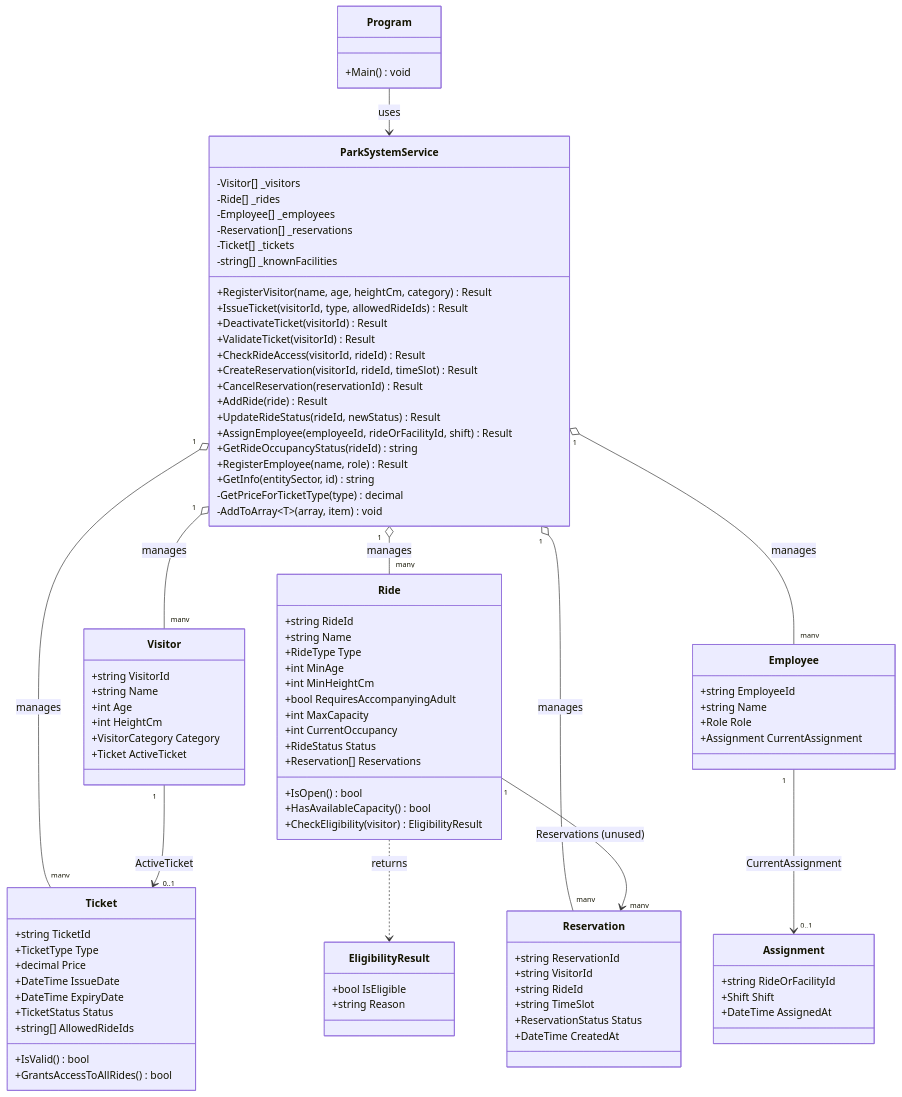
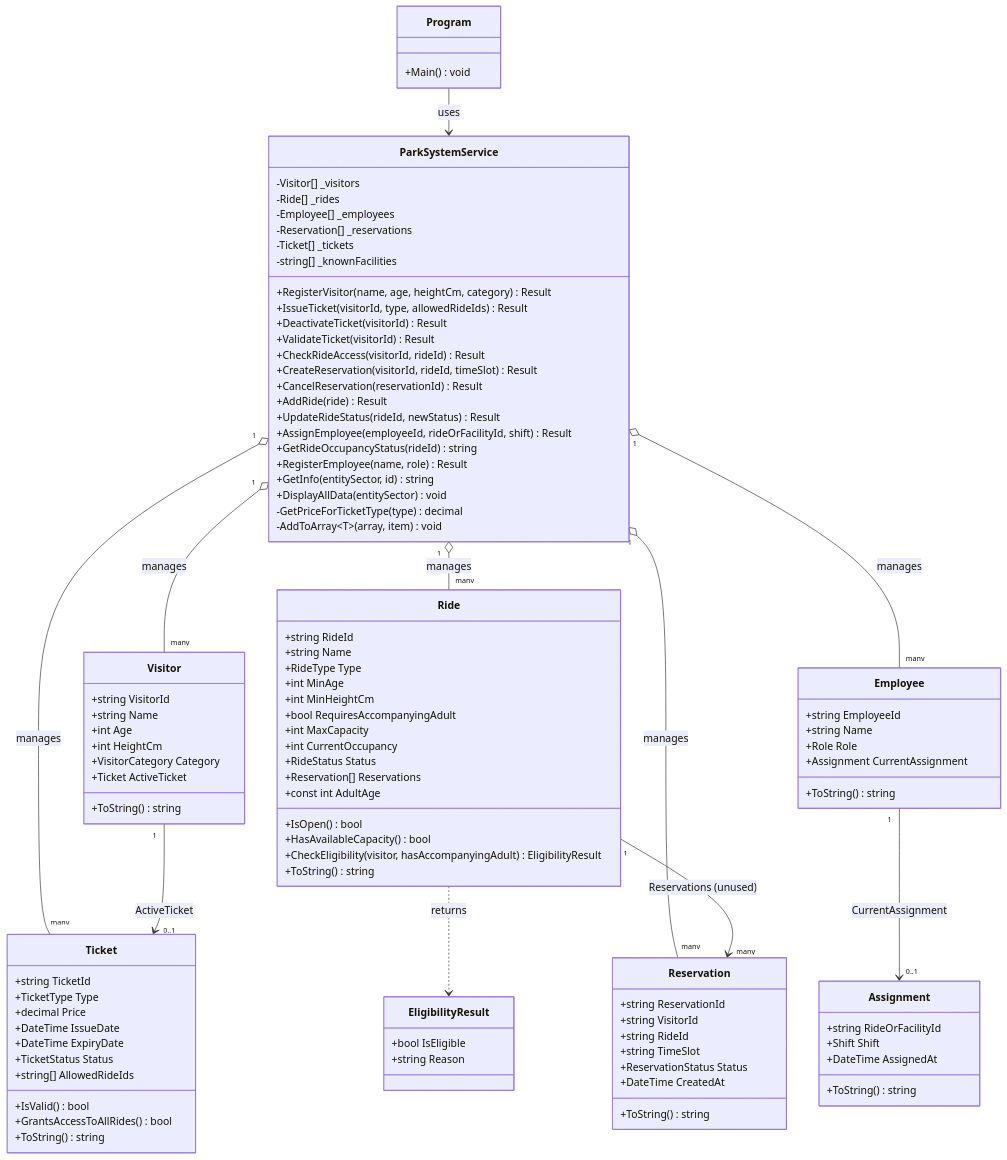
The first of 2 diagrams in README.md (Mohammadshaqboua/HorizonParkSystem), drawn with Mermaid before and after one commit. The commit also changed other lines of this file, not shown here.

```diff
--- a/README.md
+++ b/README.md
@@ -354,6 +381,7 @@
         +GetRideOccupancyStatus(rideId) string
         +RegisterEmployee(name, role) Result
         +GetInfo(entitySector, id) string
+        +DisplayAllData(entitySector) void
         -GetPriceForTicketType(type) decimal
         -AddToArray~T~(array, item) void
     }
@@ -365,6 +393,7 @@
         +int HeightCm
         +VisitorCategory Category
         +Ticket ActiveTicket
+        +ToString() string
     }
 
     class Ticket {
@@ -377,6 +406,7 @@
         +string[] AllowedRideIds
         +IsValid() bool
         +GrantsAccessToAllRides() bool
+        +ToString() string
     }
 
     class Ride {
@@ -390,9 +420,11 @@
         +int CurrentOccupancy
         +RideStatus Status
         +Reservation[] Reservations
+        +const int AdultAge
         +IsOpen() bool
         +HasAvailableCapacity() bool
-        +CheckEligibility(visitor) EligibilityResult
+        +CheckEligibility(visitor, hasAccompanyingAdult) EligibilityResult
+        +ToString() string
     }
 
     class Employee {
@@ -400,12 +432,14 @@
         +string Name
         +Role Role
         +Assignment CurrentAssignment
+        +ToString() string
     }
 
     class Assignment {
         +string RideOrFacilityId
         +Shift Shift
         +DateTime AssignedAt
+        +ToString() string
     }
 
     class Reservation {
@@ -415,6 +449,7 @@
         +string TimeSlot
         +ReservationStatus Status
         +DateTime CreatedAt
+        +ToString() string
     }
 
     class EligibilityResult {
```
